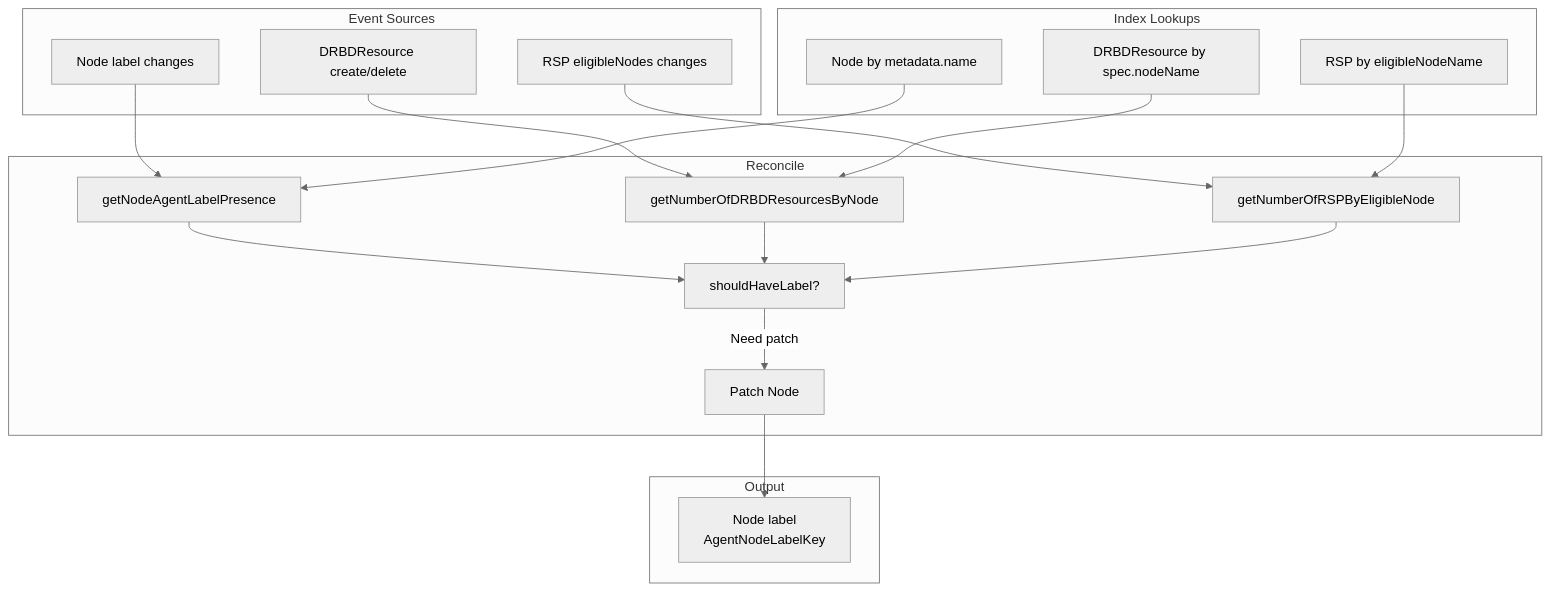
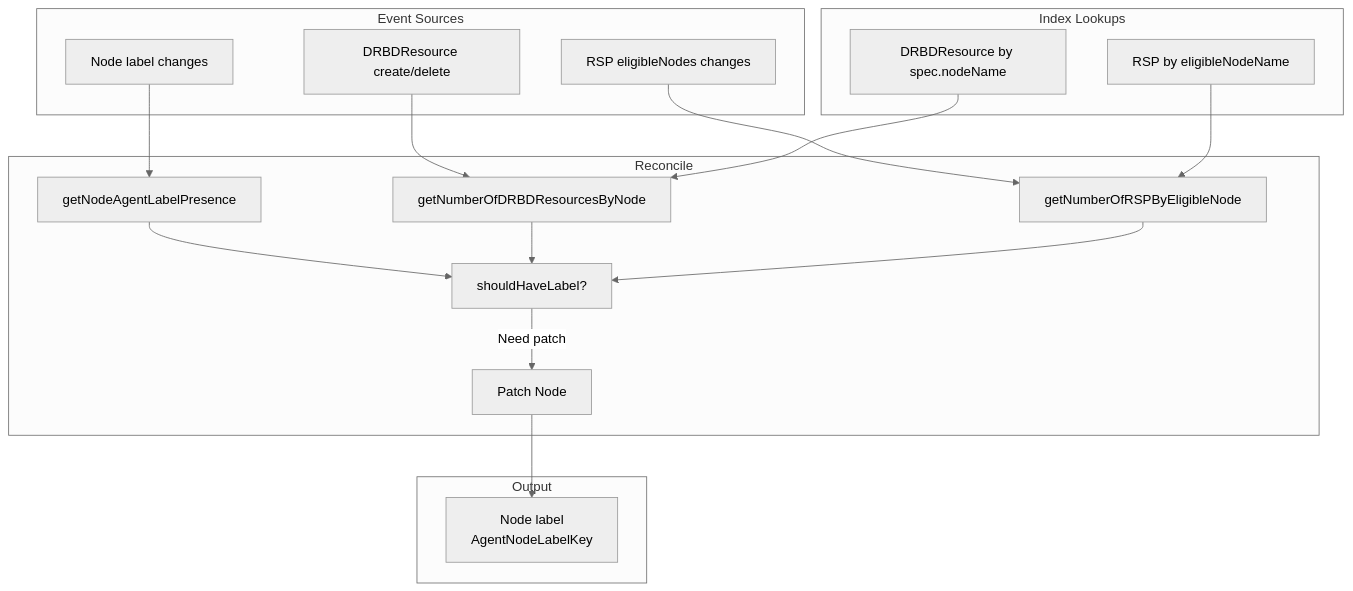
The second of 2 diagrams in images/controller/internal/controllers/node_controller/README.md (deckhouse/sds-replicated-volume), drawn with Mermaid (neutral theme) before and after one commit. The commit also changed other lines of this file and 42 other files, not shown here.

````diff
--- a/images/controller/internal/controllers/node_controller/README.md
+++ b/images/controller/internal/controllers/node_controller/README.md
@@ -94,41 +93,39 @@
 ```mermaid
 flowchart TD
     subgraph events [Event Sources]
         NodeEvents[Node label changes]
         RSPEvents[RSP eligibleNodes changes]
         DRBDEvents[DRBDResource create/delete]
     end
 
     subgraph indexes [Index Lookups]
-        NodeIndex[Node by metadata.name]
         DRBDIndex[DRBDResource by spec.nodeName]
         RSPIndex[RSP by eligibleNodeName]
     end
 
     subgraph reconcile [Reconcile]
         CheckLabel[getNodeAgentLabelPresence]
         CountDRBD[getNumberOfDRBDResourcesByNode]
         CountRSP[getNumberOfRSPByEligibleNode]
         Decision[shouldHaveLabel?]
         PatchNode[Patch Node]
     end
 
     subgraph output [Output]
         NodeLabel[Node label<br>AgentNodeLabelKey]
     end
 
     NodeEvents --> CheckLabel
     RSPEvents --> CountRSP
     DRBDEvents --> CountDRBD
 
-    NodeIndex --> CheckLabel
     DRBDIndex --> CountDRBD
     RSPIndex --> CountRSP
 
     CheckLabel --> Decision
     CountDRBD --> Decision
     CountRSP --> Decision
 
     Decision -->|Need patch| PatchNode
     PatchNode --> NodeLabel
 ```
````
